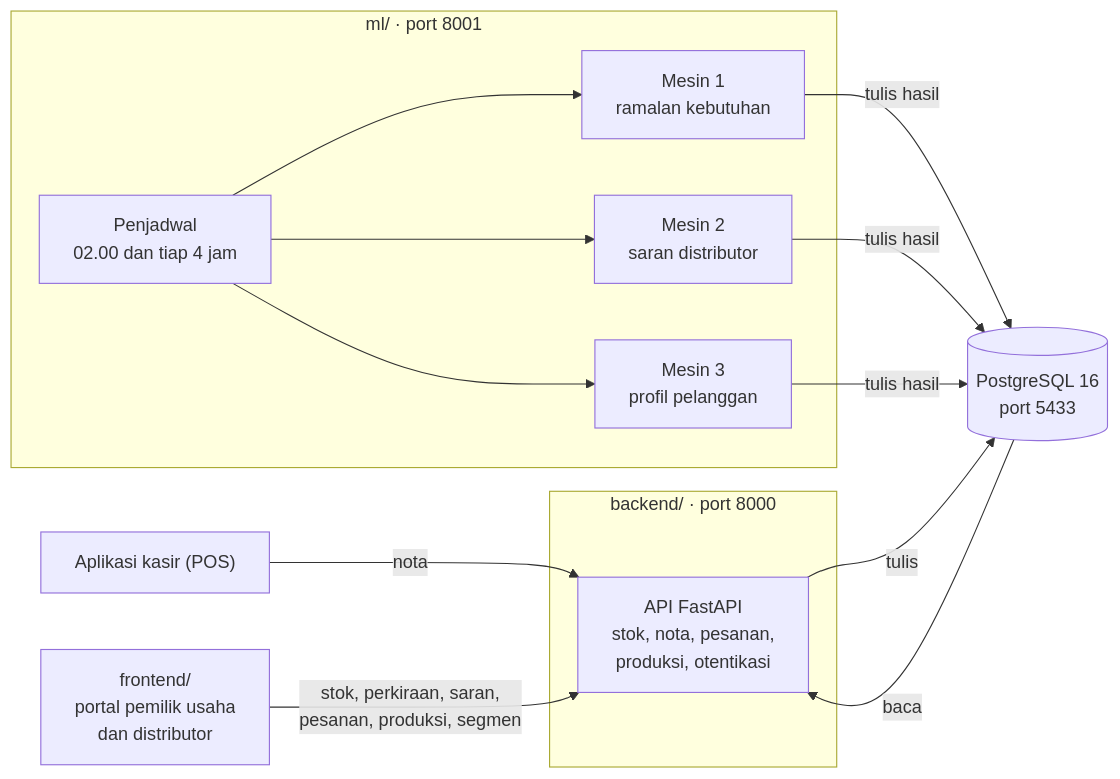
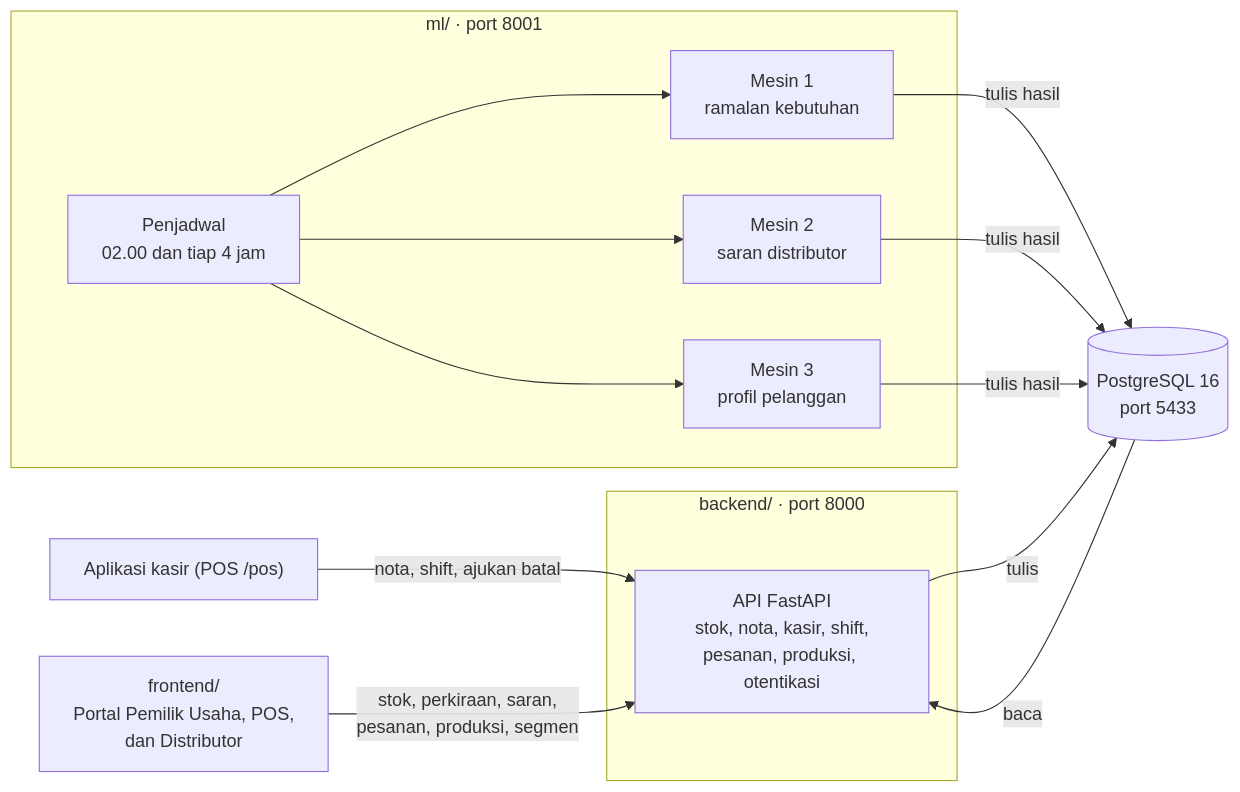
Before and after one commit to YonoBengkel/Warungku: the first of 2 diagrams in README.md, drawn with Mermaid. The commit also changed other lines of this file and 1 other file, not shown here.

First line of the commit message:
docs: perbarui README untuk fitur Revisi V7 dan endpoint Portal POS

````diff
--- a/README.md
+++ b/README.md
@@ -383,21 +383,21 @@
 ```mermaid
 flowchart LR
-    kasir["Aplikasi kasir (POS)"] -- "nota" --> api
+    kasir["Aplikasi kasir (POS /pos)"] -- "nota, shift, ajukan batal" --> api
     subgraph backend["backend/ · port 8000"]
-        api["API FastAPI<br/>stok, nota, pesanan,<br/>produksi, otentikasi"]
+        api["API FastAPI<br/>stok, nota, kasir, shift,<br/>pesanan, produksi, otentikasi"]
     end
     subgraph ml["ml/ · port 8001"]
         m1["Mesin 1<br/>ramalan kebutuhan"]
         m2["Mesin 2<br/>saran distributor"]
         m3["Mesin 3<br/>profil pelanggan"]
         jadwal["Penjadwal<br/>02.00 dan tiap 4 jam"]
     end
     db[("PostgreSQL 16<br/>port 5433")]
-    fe["frontend/<br/>portal pemilik usaha<br/>dan distributor"]
+    fe["frontend/<br/>Portal Pemilik Usaha, POS,<br/>dan Distributor"]
 
     api -- "tulis" --> db
     jadwal --> m1 & m2 & m3
     m1 & m2 & m3 -- "tulis hasil" --> db
     db -- "baca" --> api
     fe -- "stok, perkiraan, saran,<br/>pesanan, produksi, segmen" --> api
 ```
````
